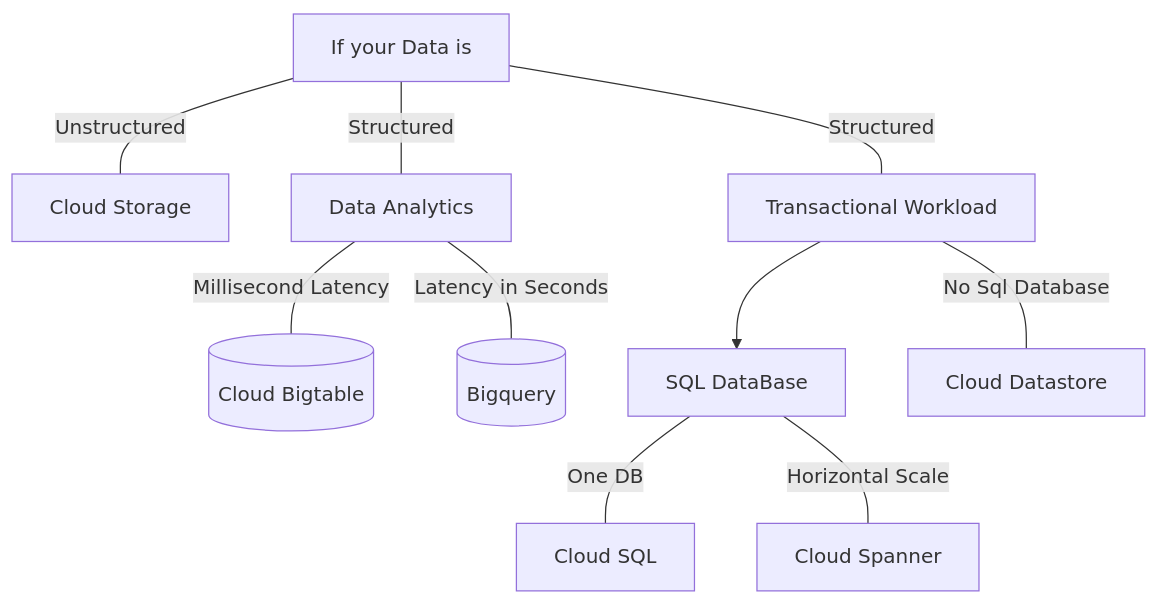
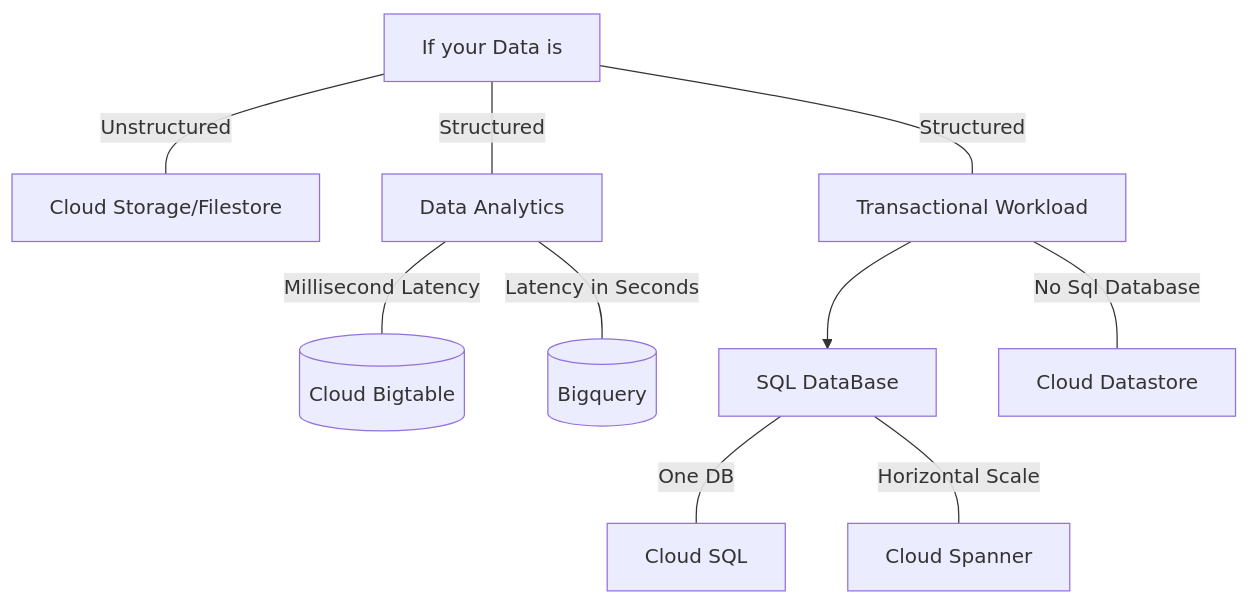
One commit to aaronjoseph/DataScienceNotes changed the diagram in GCP/Storage Options.md. Above: the diagram before and after it, drawn with Mermaid. The commit also changed 46 other files, not shown here.

````diff
--- a/GCP/Storage Options.md
+++ b/GCP/Storage Options.md
@@ -66,13 +66,13 @@
 ```mermaid
 graph TD;
 
-A[If your Data is] --Unstructured--- B[Cloud Storage]
+A[If your Data is] --Unstructured--- B[Cloud Storage/Filestore]
 A --Structured--- C[Data Analytics]
 A --Structured--- D[Transactional Workload]
 C --Millisecond Latency --- C1[(Cloud Bigtable)]
 C --Latency in Seconds --- C2[(Bigquery)]
 D --> D1[SQL DataBase]
 D --No Sql Database--- D2[Cloud Datastore]
 D1 --One DB--- D3[Cloud SQL]
 D1 --Horizontal Scale--- D4[Cloud Spanner]
 ```
````
